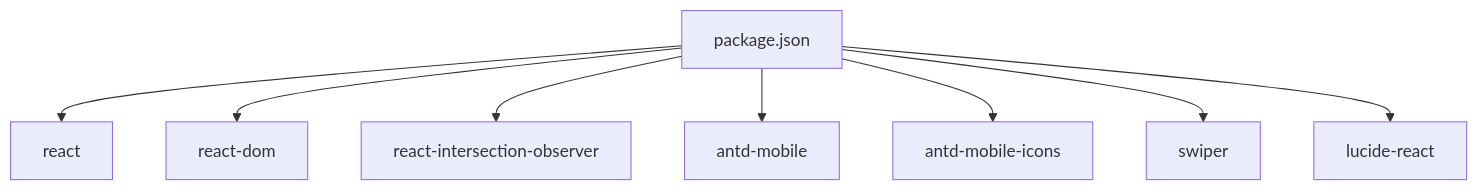
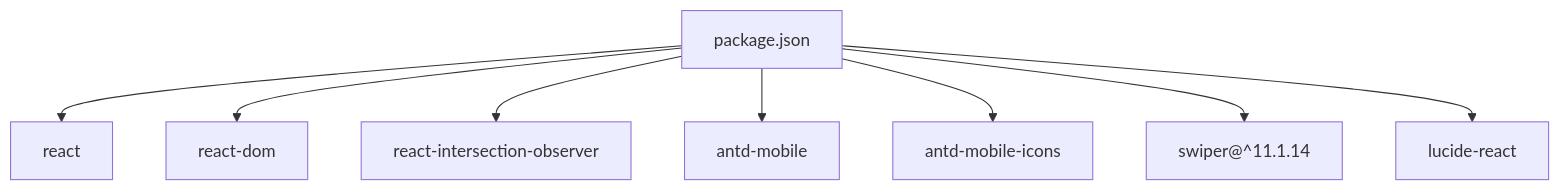
The fourth of 4 diagrams in .qoder/repowiki/zh/content/内容卡片系统/内容卡片系统.md (billye220670/newSquare), drawn with Mermaid before and after one commit. The commit also changed other lines of this file and 14 other files, not shown here.

````diff
--- a/.qoder/repowiki/zh/content/内容卡片系统/内容卡片系统.md
+++ b/.qoder/repowiki/zh/content/内容卡片系统/内容卡片系统.md
@@ -280,10 +332,10 @@
 ```mermaid
 graph TB
 P["package.json"] --> R["react"]
 P --> RD["react-dom"]
 P --> OBS["react-intersection-observer"]
 P --> AM["antd-mobile"]
 P --> AMI["antd-mobile-icons"]
-P --> SW["swiper"]
+P --> SW["swiper@^11.1.14"]
 P --> LUC["lucide-react"]
 ```
````
